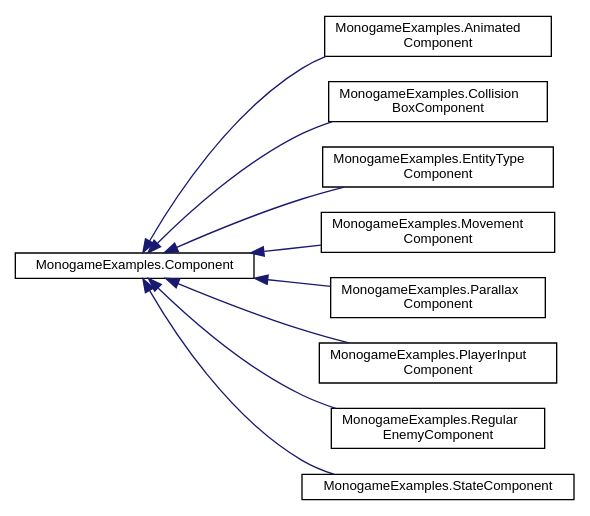
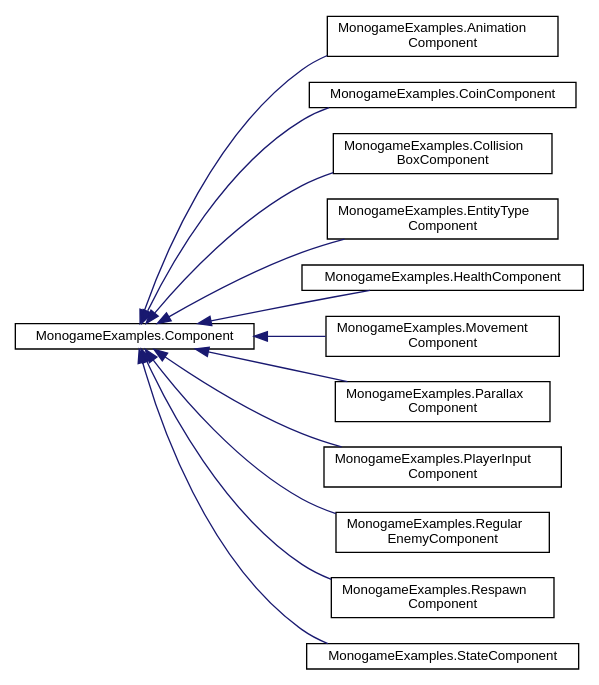
The diagram in docs/inherit_graph_2.dot (DreamyStranger/MonoGame-Platformer), drawn with Graphviz before and after one commit. The commit also changed 597 other files, not shown here.

```diff
--- a/docs/inherit_graph_2.dot
+++ b/docs/inherit_graph_2.dot
@@ -1,24 +1,30 @@
 digraph "Graphical Class Hierarchy"
 {
  // LATEX_PDF_SIZE
   edge [fontname="Helvetica",fontsize="10",labelfontname="Helvetica",labelfontsize="10"];
   node [fontname="Helvetica",fontsize="10",shape=record];
   rankdir="LR";
   Node0 [label="MonogameExamples.Component",height=0.2,width=0.4,color="black", fillcolor="white", style="filled",URL="$classMonogameExamples_1_1Component.html",tooltip="The base class for all components."];
   Node0 -> Node1 [dir="back",color="midnightblue",fontsize="10",style="solid",fontname="Helvetica"];
-  Node1 [label="MonogameExamples.Animated\lComponent",height=0.2,width=0.4,color="black", fillcolor="white", style="filled",URL="$classMonogameExamples_1_1AnimatedComponent.html",tooltip="Component responsible for managing entity animations."];
+  Node1 [label="MonogameExamples.Animation\lComponent",height=0.2,width=0.4,color="black", fillcolor="white", style="filled",URL="$classMonogameExamples_1_1AnimationComponent.html",tooltip="Component responsible for managing entity animations."];
   Node0 -> Node2 [dir="back",color="midnightblue",fontsize="10",style="solid",fontname="Helvetica"];
-  Node2 [label="MonogameExamples.Collision\lBoxComponent",height=0.2,width=0.4,color="black", fillcolor="white", style="filled",URL="$classMonogameExamples_1_1CollisionBoxComponent.html",tooltip="Component that contains data and methods related to collision box of an entity in the game."];
+  Node2 [label="MonogameExamples.CoinComponent",height=0.2,width=0.4,color="black", fillcolor="white", style="filled",URL="$classMonogameExamples_1_1CoinComponent.html",tooltip="Component that keeps track of coins."];
   Node0 -> Node3 [dir="back",color="midnightblue",fontsize="10",style="solid",fontname="Helvetica"];
-  Node3 [label="MonogameExamples.EntityType\lComponent",height=0.2,width=0.4,color="black", fillcolor="white", style="filled",URL="$classMonogameExamples_1_1EntityTypeComponent.html",tooltip="Component that holds an entity type identifier for classification and management purposes."];
+  Node3 [label="MonogameExamples.Collision\lBoxComponent",height=0.2,width=0.4,color="black", fillcolor="white", style="filled",URL="$classMonogameExamples_1_1CollisionBoxComponent.html",tooltip="Component that contains data and methods related to collision box of an entity in the game."];
   Node0 -> Node4 [dir="back",color="midnightblue",fontsize="10",style="solid",fontname="Helvetica"];
-  Node4 [label="MonogameExamples.Movement\lComponent",height=0.2,width=0.4,color="black", fillcolor="white", style="filled",URL="$classMonogameExamples_1_1MovementComponent.html",tooltip="Component that contains data related to the motion of an entity in the game."];
+  Node4 [label="MonogameExamples.EntityType\lComponent",height=0.2,width=0.4,color="black", fillcolor="white", style="filled",URL="$classMonogameExamples_1_1EntityTypeComponent.html",tooltip="Component that holds an entity type identifier for classification and management purposes...."];
   Node0 -> Node5 [dir="back",color="midnightblue",fontsize="10",style="solid",fontname="Helvetica"];
-  Node5 [label="MonogameExamples.Parallax\lComponent",height=0.2,width=0.4,color="black", fillcolor="white", style="filled",URL="$classMonogameExamples_1_1ParallaxComponent.html",tooltip="Component that contains data and methods neccessary for a parallax effect for a 2D sprite."];
+  Node5 [label="MonogameExamples.HealthComponent",height=0.2,width=0.4,color="black", fillcolor="white", style="filled",URL="$classMonogameExamples_1_1HealthComponent.html",tooltip="Component tgat represents the health of an entity."];
   Node0 -> Node6 [dir="back",color="midnightblue",fontsize="10",style="solid",fontname="Helvetica"];
-  Node6 [label="MonogameExamples.PlayerInput\lComponent",height=0.2,width=0.4,color="black", fillcolor="white", style="filled",URL="$classMonogameExamples_1_1PlayerInputComponent.html",tooltip="Component representing the input state of the player entity."];
+  Node6 [label="MonogameExamples.Movement\lComponent",height=0.2,width=0.4,color="black", fillcolor="white", style="filled",URL="$classMonogameExamples_1_1MovementComponent.html",tooltip="Component that contains data related to the motion of an entity in the game."];
   Node0 -> Node7 [dir="back",color="midnightblue",fontsize="10",style="solid",fontname="Helvetica"];
-  Node7 [label="MonogameExamples.Regular\lEnemyComponent",height=0.2,width=0.4,color="black", fillcolor="white", style="filled",URL="$classMonogameExamples_1_1RegularEnemyComponent.html",tooltip="Component representing the movement state of a simple walking enemy entity."];
+  Node7 [label="MonogameExamples.Parallax\lComponent",height=0.2,width=0.4,color="black", fillcolor="white", style="filled",URL="$classMonogameExamples_1_1ParallaxComponent.html",tooltip="Component that contains data and methods neccessary for a parallax effect for a 2D sprite."];
   Node0 -> Node8 [dir="back",color="midnightblue",fontsize="10",style="solid",fontname="Helvetica"];
-  Node8 [label="MonogameExamples.StateComponent",height=0.2,width=0.4,color="black", fillcolor="white", style="filled",URL="$classMonogameExamples_1_1StateComponent.html",tooltip="Component that stores the current state and super state of an object, as well as its state ID,..."];
+  Node8 [label="MonogameExamples.PlayerInput\lComponent",height=0.2,width=0.4,color="black", fillcolor="white", style="filled",URL="$classMonogameExamples_1_1PlayerInputComponent.html",tooltip="Component taht represents the input state of the player entity."];
+  Node0 -> Node9 [dir="back",color="midnightblue",fontsize="10",style="solid",fontname="Helvetica"];
+  Node9 [label="MonogameExamples.Regular\lEnemyComponent",height=0.2,width=0.4,color="black", fillcolor="white", style="filled",URL="$classMonogameExamples_1_1RegularEnemyComponent.html",tooltip="Component responsible for controlling a regular enemy's movement within a specified range...."];
+  Node0 -> Node10 [dir="back",color="midnightblue",fontsize="10",style="solid",fontname="Helvetica"];
+  Node10 [label="MonogameExamples.Respawn\lComponent",height=0.2,width=0.4,color="black", fillcolor="white", style="filled",URL="$classMonogameExamples_1_1RespawnComponent.html",tooltip="Component that represents a respawn timer for an entity."];
+  Node0 -> Node11 [dir="back",color="midnightblue",fontsize="10",style="solid",fontname="Helvetica"];
+  Node11 [label="MonogameExamples.StateComponent",height=0.2,width=0.4,color="black", fillcolor="white", style="filled",URL="$classMonogameExamples_1_1StateComponent.html",tooltip="Component that stores information about states of an entity."];
 }
```
